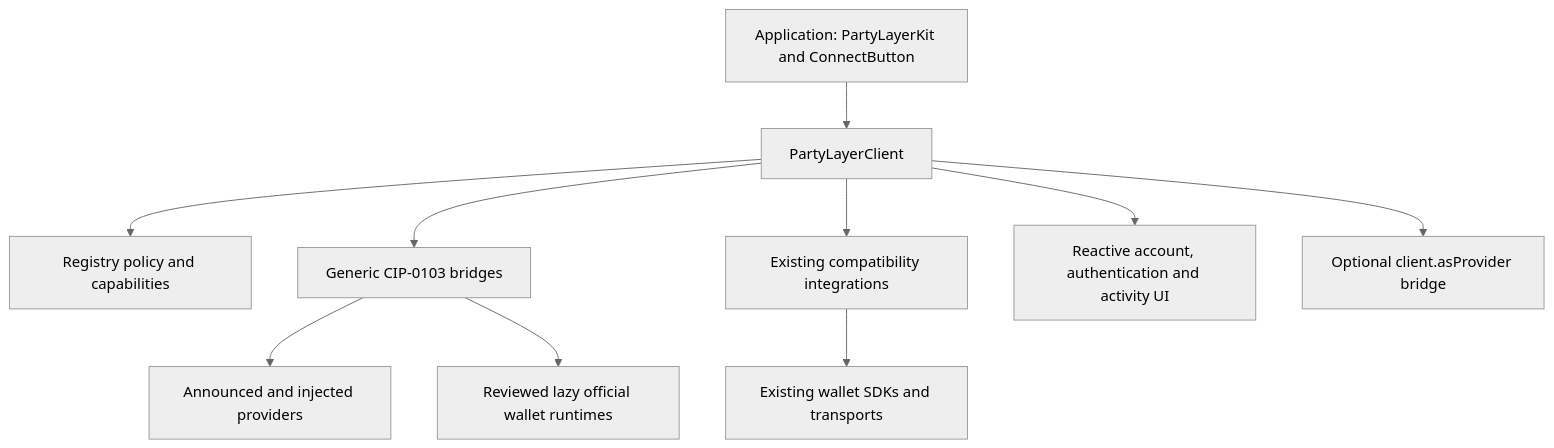
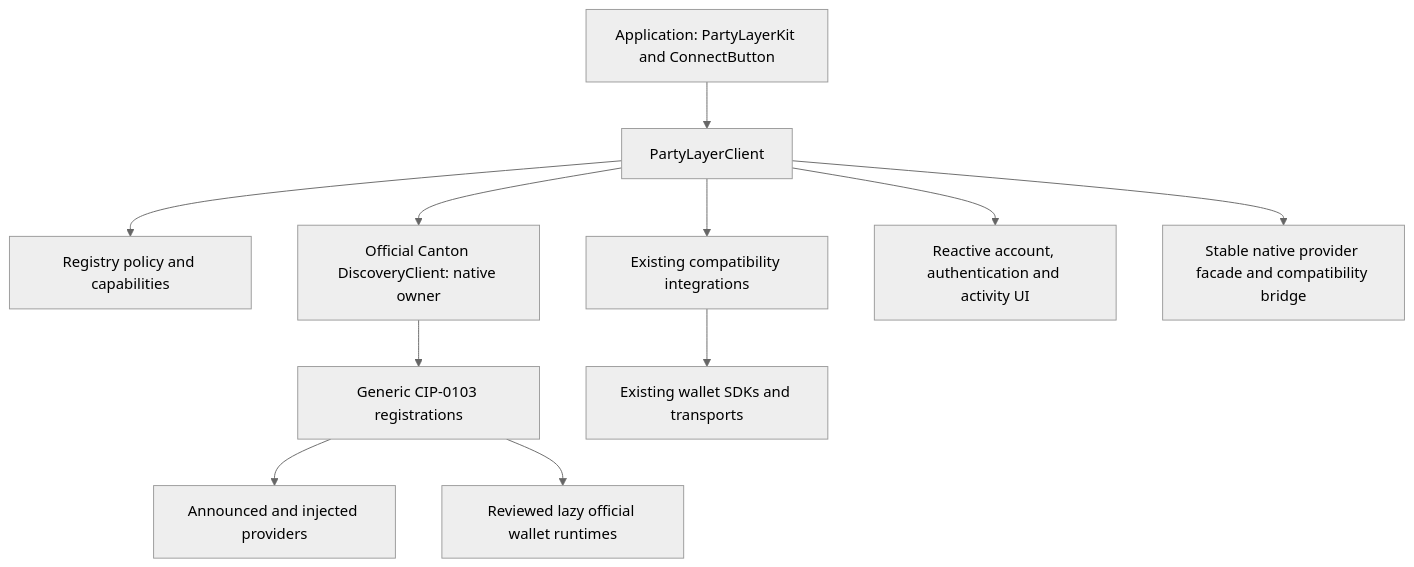
One commit to PartyLayer/PartyLayer changed the diagram in README.md. Above: the diagram before and after it, drawn with Mermaid (neutral theme). The commit also changed other lines of this file and 40 other files, not shown here.

Commit message:
feat: use official discovery for native wallet sessions

````diff
--- a/README.md
+++ b/README.md
@@ -370,12 +370,13 @@
 ```mermaid
 flowchart TD
     App[Application: PartyLayerKit and ConnectButton] --> SDK[PartyLayerClient]
     SDK --> Registry[Registry policy and capabilities]
-    SDK --> Generic[Generic CIP-0103 bridges]
+    SDK --> Owner[Official Canton DiscoveryClient: native owner]
+    Owner --> Generic[Generic CIP-0103 registrations]
     SDK --> Legacy[Existing compatibility integrations]
     Generic --> Native[Announced and injected providers]
     Generic --> Official[Reviewed lazy official wallet runtimes]
     Legacy --> Vendors[Existing wallet SDKs and transports]
     SDK --> UI[Reactive account, authentication and activity UI]
-    SDK --> Bridge[Optional client.asProvider bridge]
+    SDK --> Bridge[Stable native provider facade and compatibility bridge]
 ```
````
